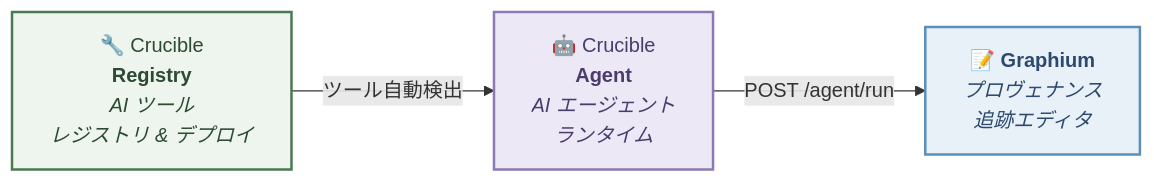
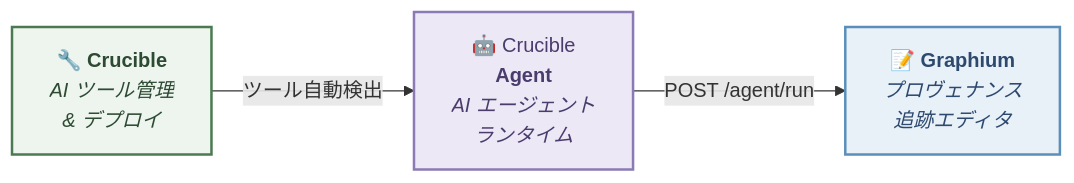
Before and after one commit to kumagallium/Crucible: the second of 2 diagrams in README.ja.md, drawn with Mermaid. The commit also changed other lines of this file and 1 other file, not shown here.

First line of the commit message:
[docs] Drop "Registry" branding — Crucible is the product name

````diff
--- a/README.ja.md
+++ b/README.ja.md
@@ -207,13 +207,13 @@
 ```mermaid
 graph LR
-    Registry["🔧 Crucible<br/><b>Registry</b><br/><i>AI ツール<br/>レジストリ & デプロイ</i>"]
+    Registry["🔧 <b>Crucible</b><br/><i>AI ツール管理<br/>& デプロイ</i>"]
     Agent["🤖 Crucible<br/><b>Agent</b><br/><i>AI エージェント<br/>ランタイム</i>"]
     Graphium["📝 <b>Graphium</b><br/><i>プロヴェナンス<br/>追跡エディタ</i>"]
 
     Registry -- "ツール自動検出" --> Agent
     Agent -- "POST /agent/run" --> Graphium
 
     style Registry fill:#edf5ee,stroke:#4B7A52,stroke-width:2px,color:#2d4a32
     style Agent fill:#ede8f5,stroke:#8b7ab5,stroke-width:2px,color:#4a3d6e
     style Graphium fill:#e8f0f8,stroke:#5b8fb9,stroke-width:2px,color:#2d4a6e
 ```
````
